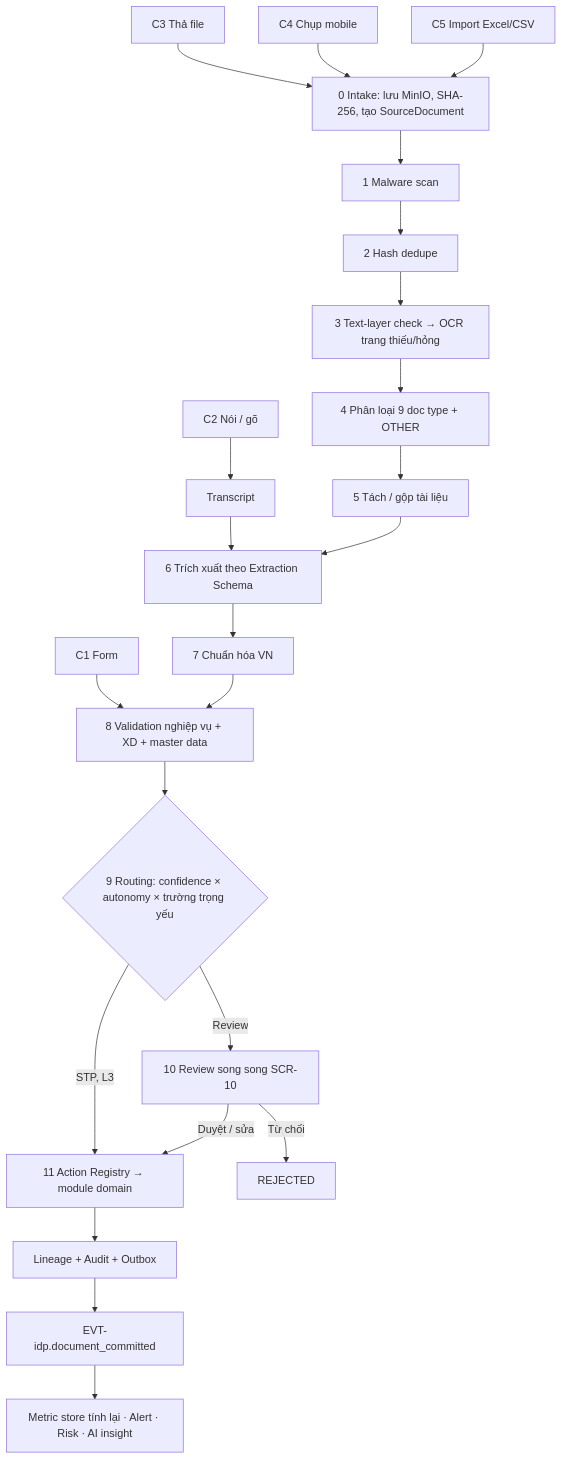
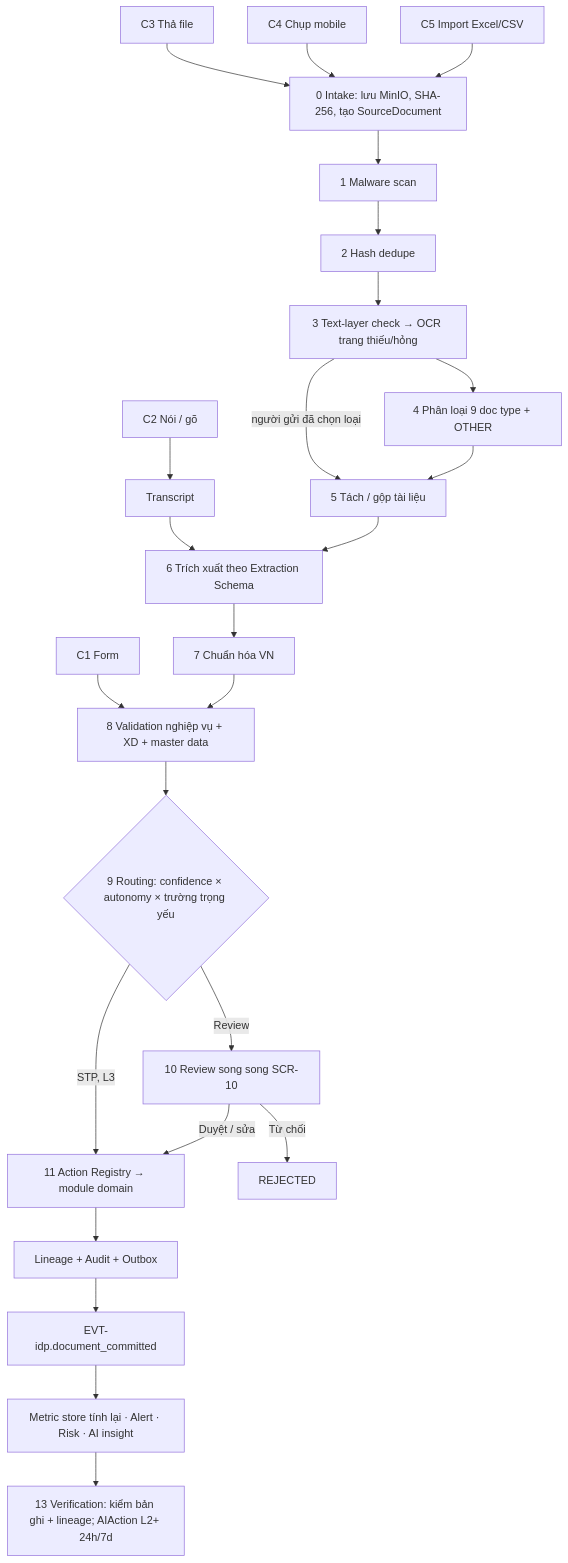
The first of 2 diagrams in docs/2.PRODUCT/04-IDP-FEATURE-SPEC.md (hovikhanh/Aureon), drawn with Mermaid before and after one commit. The commit also changed other lines of this file and 5 other files, not shown here.

````diff
--- a/docs/2.PRODUCT/04-IDP-FEATURE-SPEC.md
+++ b/docs/2.PRODUCT/04-IDP-FEATURE-SPEC.md
@@ -25,24 +29,26 @@
 ```mermaid
 flowchart TD
     C1[C1 Form] --> V
     C2[C2 Nói / gõ] --> STT[Transcript] --> X
     C3[C3 Thả file] --> I
     C4[C4 Chụp mobile] --> I
     C5[C5 Import Excel/CSV] --> I
     I[0 Intake: lưu MinIO, SHA-256, tạo SourceDocument] --> MS[1 Malware scan]
     MS --> DD[2 Hash dedupe]
     DD --> TL[3 Text-layer check → OCR trang thiếu/hỏng]
     TL --> CL[4 Phân loại 9 doc type + OTHER]
+    TL -->|người gửi đã chọn loại| SP
     CL --> SP[5 Tách / gộp tài liệu]
     SP --> X[6 Trích xuất theo Extraction Schema]
     X --> N[7 Chuẩn hóa VN]
     N --> V[8 Validation nghiệp vụ + XD + master data]
     V --> R{9 Routing: confidence × autonomy × trường trọng yếu}
     R -->|STP, L3| AR
     R -->|Review| RV[10 Review song song SCR-10]
     RV -->|Duyệt / sửa| AR[11 Action Registry → module domain]
     RV -->|Từ chối| RJ[REJECTED]
     AR --> LN[Lineage + Audit + Outbox]
     LN --> EV[EVT-idp.document_committed]
     EV --> MS2[Metric store tính lại · Alert · Risk · AI insight]
+    MS2 --> VF[13 Verification: kiểm bản ghi + lineage; AIAction L2+ 24h/7d]
 ```
````
